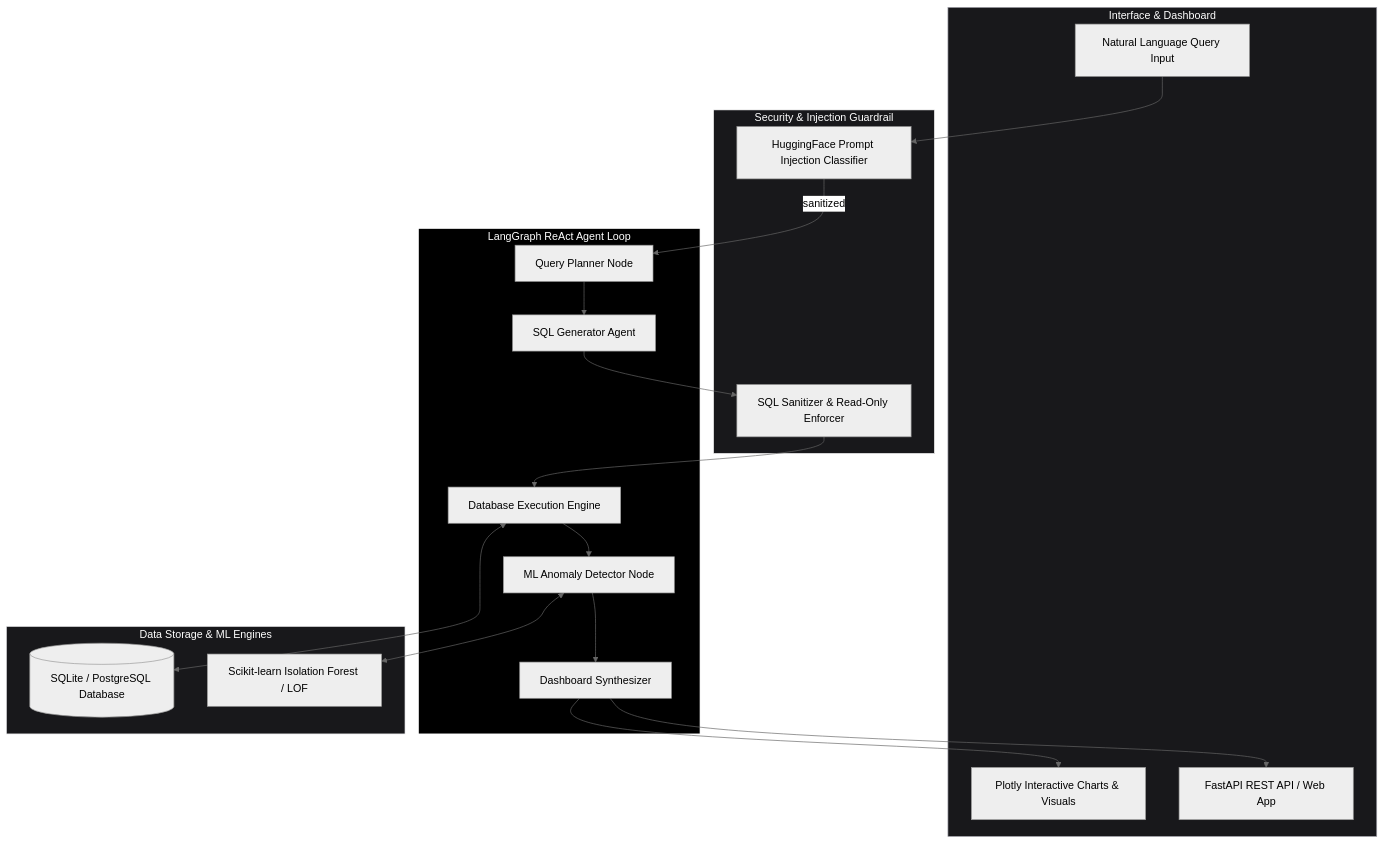
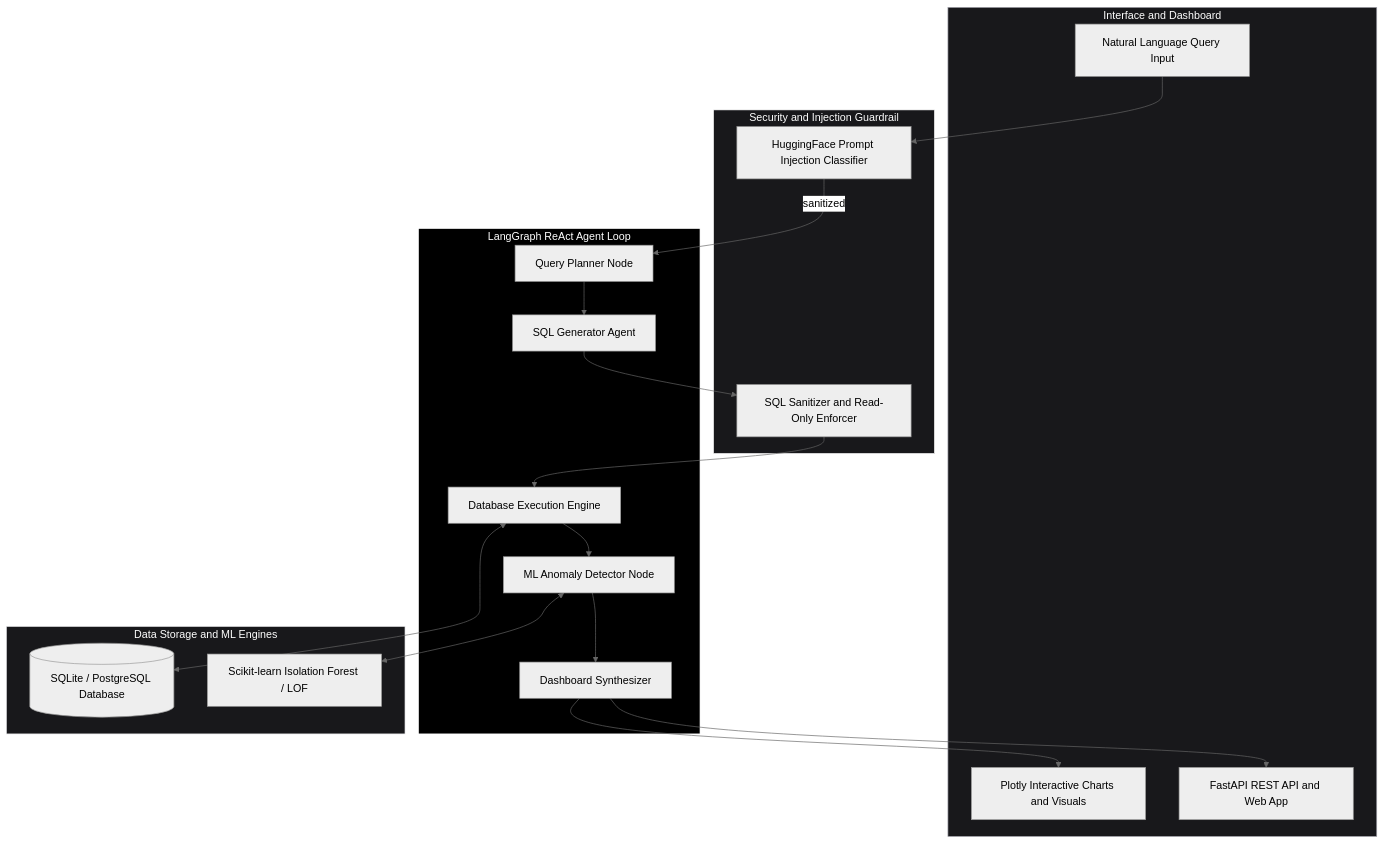
The first of 2 diagrams in README.md (siddarth1872004/DataVigil), drawn with Mermaid (neutral theme) before and after one commit. The commit also changed other lines of this file, not shown here.

Commit message:
fix: quote Mermaid node labels to fix GitHub diagram rendering

````diff
--- a/README.md
+++ b/README.md
@@ -9,38 +9,43 @@
 ```mermaid
 graph TB
-    subgraph USER_INTERFACE["Interface & Dashboard"]
-        NL_IN[Natural Language Query Input]
-        PLOTLY[Plotly Interactive Charts & Visuals]
-        REST[FastAPI REST API / Web App]
+    subgraph USER_INTERFACE["Interface and Dashboard"]
+        NL_IN["Natural Language Query Input"]
+        PLOTLY["Plotly Interactive Charts and Visuals"]
+        REST["FastAPI REST API and Web App"]
     end
 
-    subgraph SECURITY_GUARD["Security & Injection Guardrail"]
-        HF_GUARD[HuggingFace Prompt Injection Classifier]
-        SQL_SAN[SQL Sanitizer & Read-Only Enforcer]
+    subgraph SECURITY_GUARD["Security and Injection Guardrail"]
+        HF_GUARD["HuggingFace Prompt Injection Classifier"]
+        SQL_SAN["SQL Sanitizer and Read-Only Enforcer"]
     end
 
     subgraph REACT_ENGINE["LangGraph ReAct Agent Loop"]
-        PLANNER[Query Planner Node]
-        SQL_GEN[SQL Generator Agent]
-        EXEC[Database Execution Engine]
-        ML_ANOM[ML Anomaly Detector Node]
-        SYNTH[Dashboard Synthesizer]
+        PLANNER["Query Planner Node"]
+        SQL_GEN["SQL Generator Agent"]
+        EXEC["Database Execution Engine"]
+        ML_ANOM["ML Anomaly Detector Node"]
+        SYNTH["Dashboard Synthesizer"]
     end
 
-    subgraph DATA_STORAGE["Data Storage & ML Engines"]
-        SQLITE[(SQLite / PostgreSQL Database)]
-        SKLEARN[Scikit-learn Isolation Forest / LOF]
+    subgraph DATA_STORAGE["Data Storage and ML Engines"]
+        SQLITE[("SQLite / PostgreSQL Database")]
+        SKLEARN["Scikit-learn Isolation Forest / LOF"]
     end
 
     NL_IN --> HF_GUARD
     HF_GUARD -->|sanitized| PLANNER
-    PLANNER --> SQL_GEN --> SQL_SAN --> EXEC
+    PLANNER --> SQL_GEN
+    SQL_GEN --> SQL_SAN
+    SQL_SAN --> EXEC
     EXEC <--> SQLITE
-    EXEC --> ML_ANOM <--> SKLEARN
-    ML_ANOM --> SYNTH --> PLOTLY & REST
+    EXEC --> ML_ANOM
+    ML_ANOM <--> SKLEARN
+    ML_ANOM --> SYNTH
+    SYNTH --> PLOTLY
+    SYNTH --> REST
 
     style USER_INTERFACE fill:#18181b,stroke:#a1a1aa,color:#fff
     style SECURITY_GUARD fill:#18181b,stroke:#ffffff,color:#fff
     style REACT_ENGINE fill:#000000,stroke:#ffffff,color:#fff
     style DATA_STORAGE fill:#18181b,stroke:#e4e4e7,color:#fff
 ```
````
